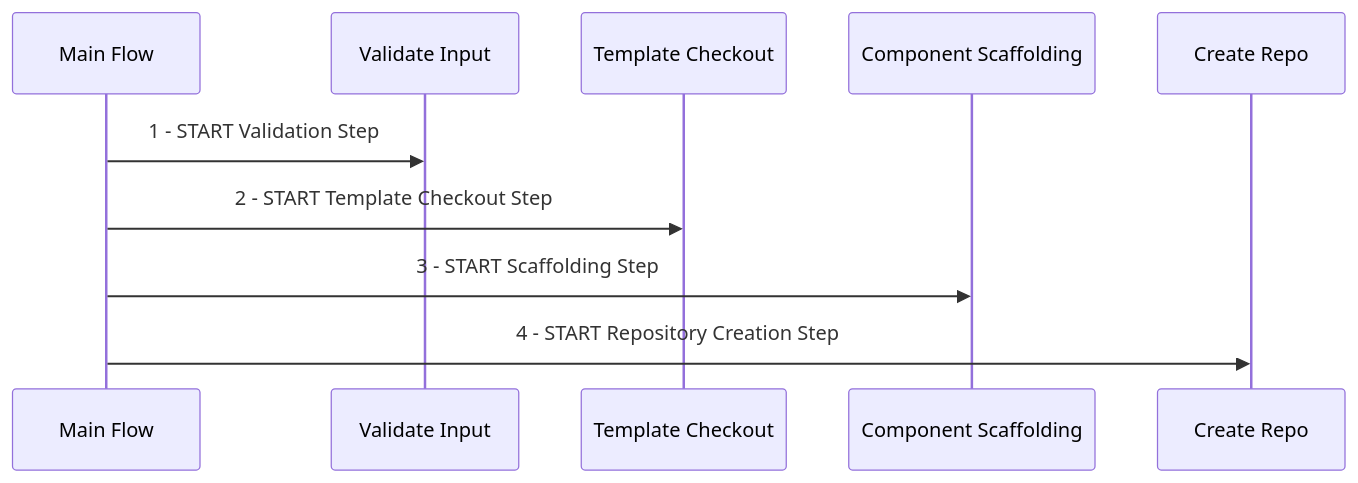
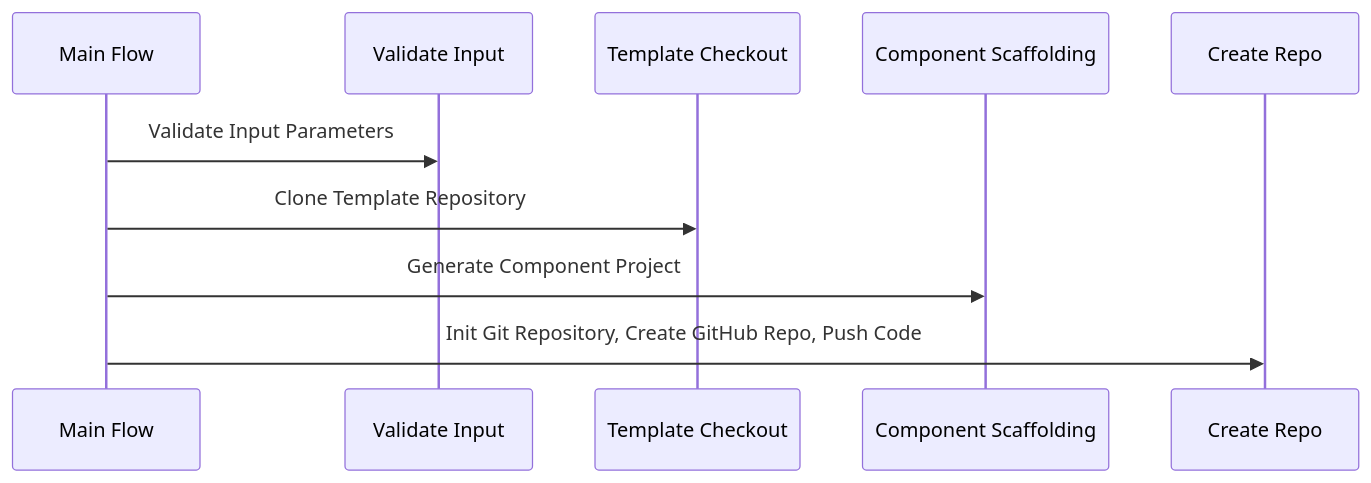
Before and after one commit to adriandantas/create-component-workflow: the diagram in README.md, drawn with Mermaid.

Commit message:
Improved flow description

````diff
--- a/README.md
+++ b/README.md
@@ -17,13 +17,13 @@
 ```mermaid
 sequenceDiagram
   participant MainFlow as Main Flow
   participant ValidateInput as Validate Input
   participant TemplateCheckout as Template Checkout
   participant ComponentScaffolding as Component Scaffolding
   participant CreateRepository as Create Repo
 
-  MainFlow->>ValidateInput: 1 - START Validation Step
-  MainFlow->>TemplateCheckout: 2 - START Template Checkout Step
-  MainFlow->>ComponentScaffolding: 3 - START Scaffolding Step
-  MainFlow->>CreateRepository: 4 - START Repository Creation Step
+  MainFlow->>ValidateInput: Validate Input Parameters
+  MainFlow->>TemplateCheckout: Clone Template Repository
+  MainFlow->>ComponentScaffolding: Generate Component Project
+  MainFlow->>CreateRepository: Init Git Repository, Create GitHub Repo, Push Code
 ```
````
